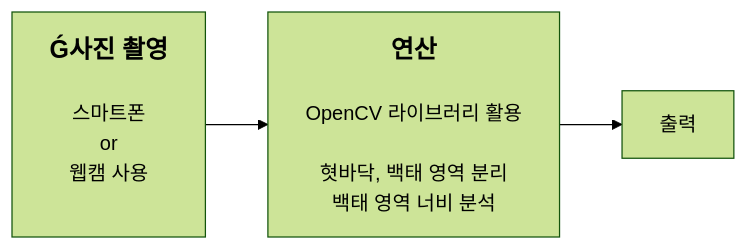
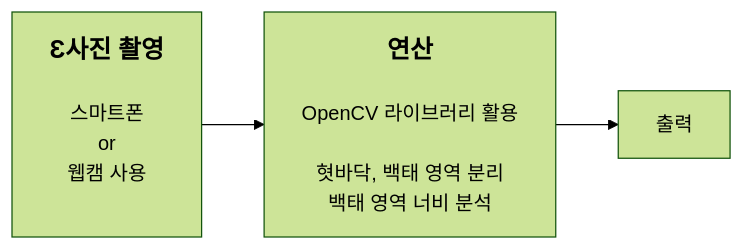
The diagram in Readme.md (201710808/-p), drawn with Mermaid (forest theme) before and after one commit.

````diff
--- a/Readme.md
+++ b/Readme.md
@@ -3,5 +3,5 @@
 ```mermaid
 graph LR
-A[<b><span style='font-size:20px'>&#500;사진 촬영</span></b><br><br>스마트폰\nor\n웹캠 사용<br><br>]-->B[<b><span style='font-size:20px'>연산</span></b><br><br>OpenCV 라이브러리 활용<br><br>혓바닥, 백태 영역 분리<br>백태 영역 너비 분석]
+A[<b><span style='font-size:20px'>&#400;사진 촬영</span></b><br><br>스마트폰\nor\n웹캠 사용<br><br>]-->B[<b><span style='font-size:20px'>연산</span></b><br><br>OpenCV 라이브러리 활용<br><br>혓바닥, 백태 영역 분리<br>백태 영역 너비 분석]
 B-->C[출력]
 ```
````
